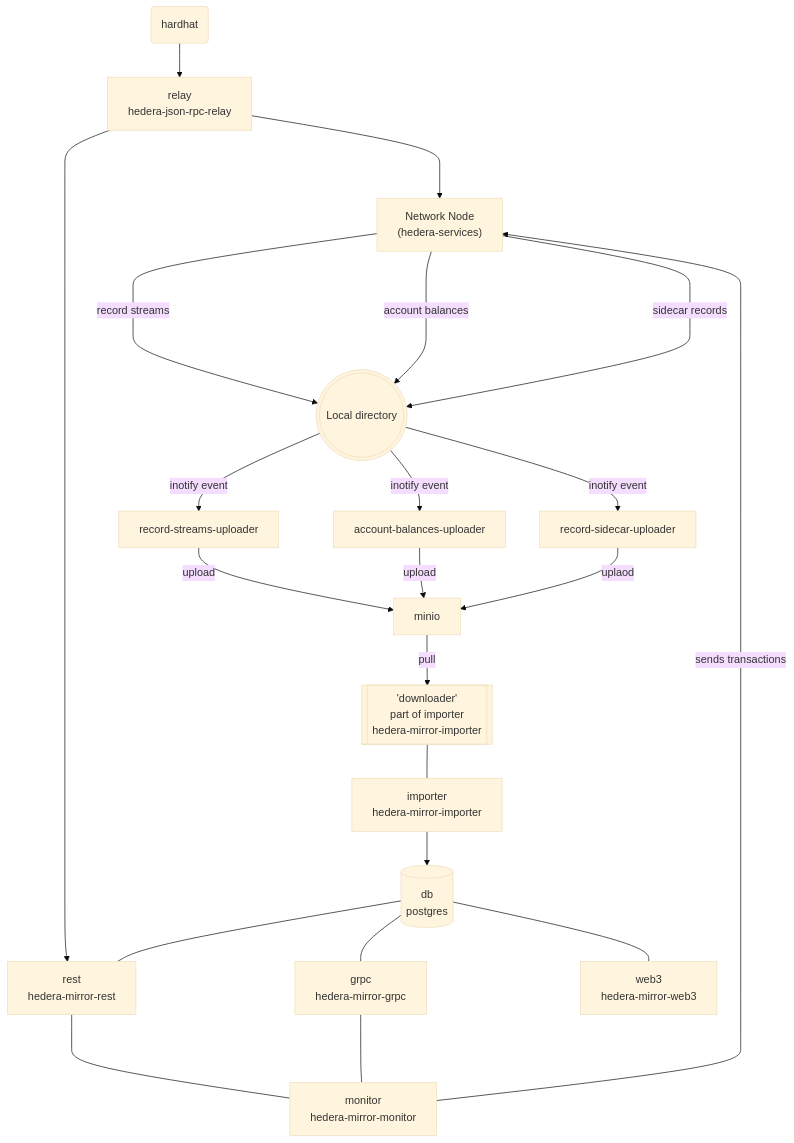
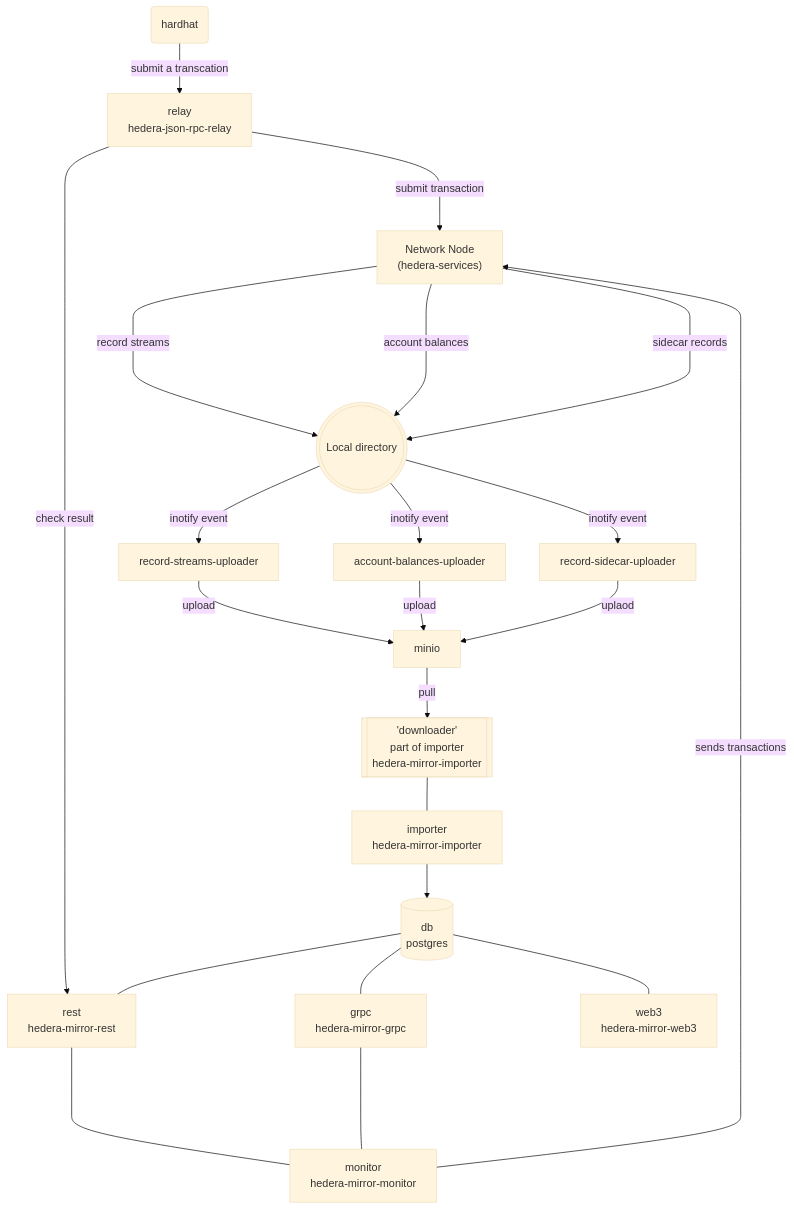
One commit to isavov/hedera-local-node changed the diagram in docs/local-node-diagram.md. Above: the diagram before and after it, drawn with Mermaid (base theme).

````diff
--- a/docs/local-node-diagram.md
+++ b/docs/local-node-diagram.md
@@ -1,27 +1,27 @@
 ```mermaid
         graph TD 
         A["Network Node \n(hedera-services)"] --"record streams"----> B((("Local directory"))) 
         A--"account balances"----> B
         A --"sidecar records"---->B
         B --"inotify event"--> C["record-streams-uploader"]
         B --"inotify event"--> D["account-balances-uploader"] 
         B --"inotify event"--> E["record-sidecar-uploader"]
         C --upload--> F["minio"]
         D --upload--> F
         E --uplaod--> F
         F--"pull"-->G1[["'downloader'\npart of importer\n hedera-mirror-importer"]]
         G1---G["importer\nhedera-mirror-importer"]
         G-->H[(db\n postgres)]
         H---I["rest\nhedera-mirror-rest"]
         H---J["grpc\nhedera-mirror-grpc"]
         H---K["web3\nhedera-mirror-web3"]
         L["monitor\nhedera-mirror-monitor"]
-        J<---L
-        I<---L
+        J<----L
+        I<----L
         L--sends transactions-->A
-        R[relay\nhedera-json-rpc-relay]-->I
-        R--->A
-        T(hardhat)-->R
+        R[relay\nhedera-json-rpc-relay]--check result-->I
+        R--submit transaction--->A
+        T(hardhat)--submit a transcation-->R
         
         
 ```
````
